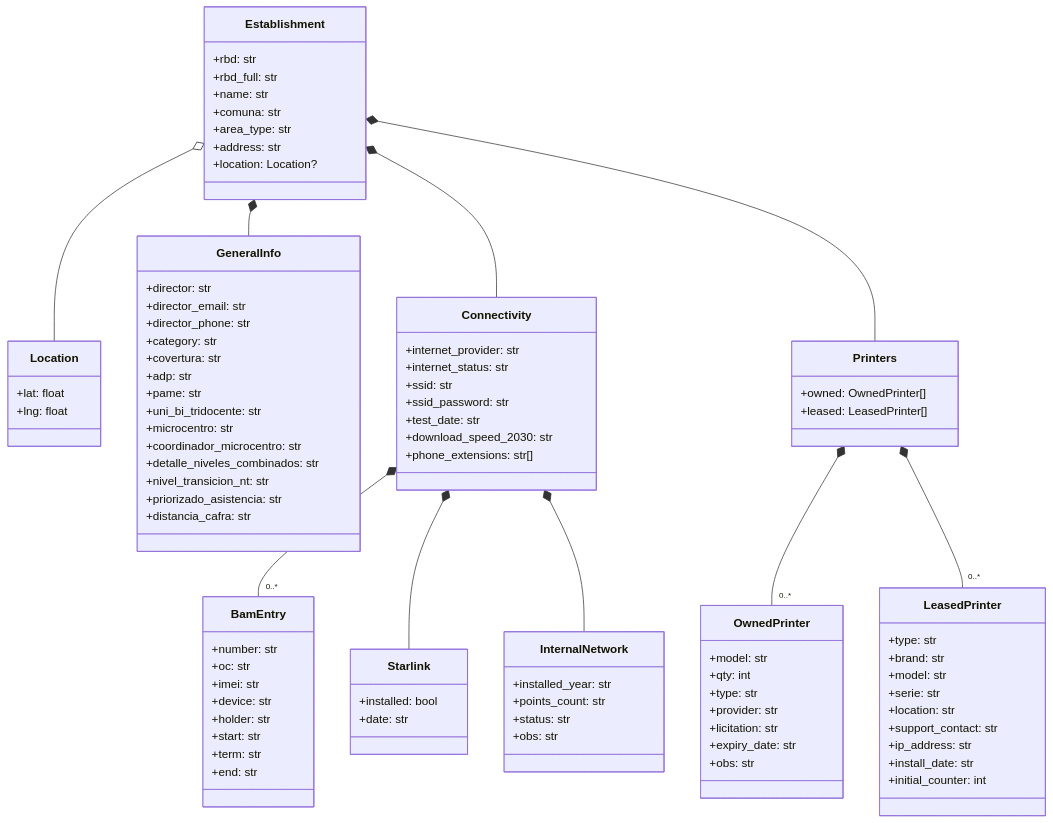
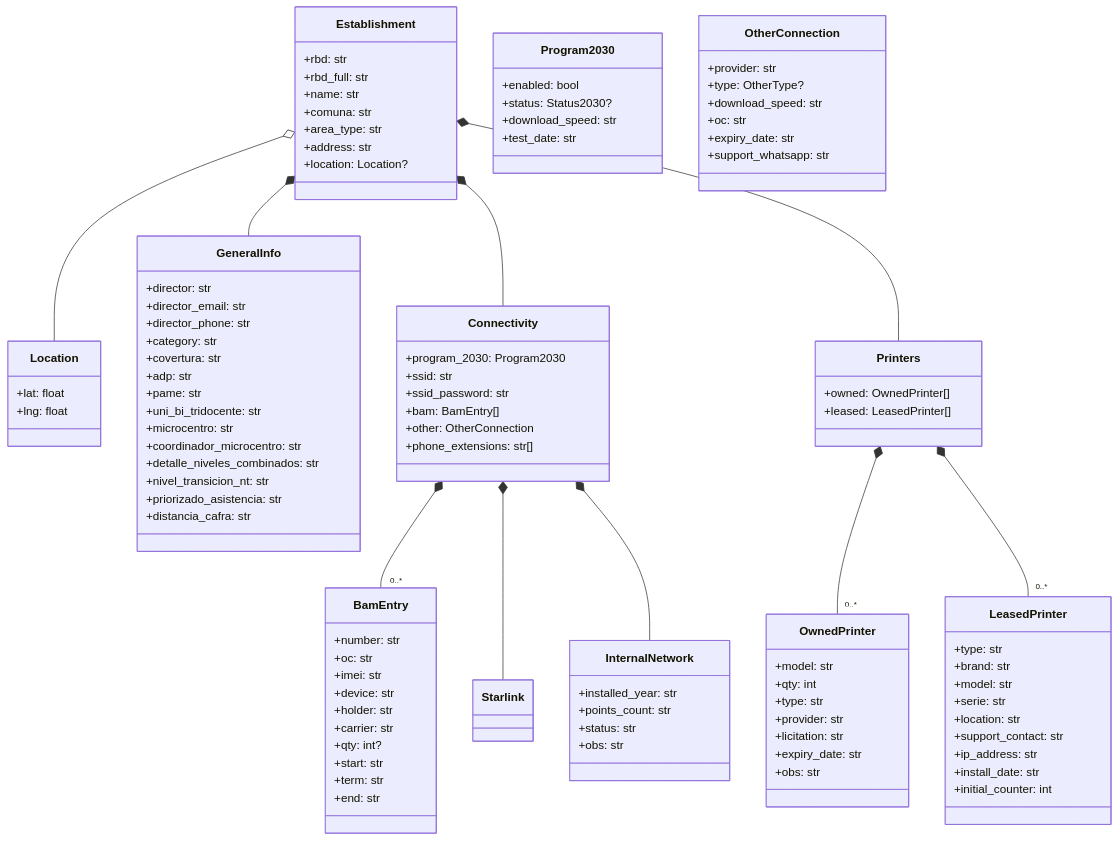
Before and after one commit to TomasManriquez/Gestion-de-establecimientos: the second of 6 diagrams in Documentacion/02-modelo-datos.md, drawn with Mermaid. The commit also changed other lines of this file and 16 other files, not shown here.

```diff
--- a/Documentacion/02-modelo-datos.md
+++ b/Documentacion/02-modelo-datos.md
@@ -156,13 +156,26 @@
         +distancia_cafra: str
     }
     class Connectivity {
-        +internet_provider: str
-        +internet_status: str
+        +program_2030: Program2030
         +ssid: str
         +ssid_password: str
+        +bam: BamEntry[]
+        +other: OtherConnection
+        +phone_extensions: str[]
+    }
+    class Program2030 {
+        +enabled: bool
+        +status: Status2030?
+        +download_speed: str
         +test_date: str
-        +download_speed_2030: str
-        +phone_extensions: str[]
+    }
+    class OtherConnection {
+        +provider: str
+        +type: OtherType?
+        +download_speed: str
+        +oc: str
+        +expiry_date: str
+        +support_whatsapp: str
     }
     class BamEntry {
         +number: str
@@ -170,13 +183,11 @@
         +imei: str
         +device: str
         +holder: str
+        +carrier: str
+        +qty: int?
         +start: str
         +term: str
         +end: str
-    }
-    class Starlink {
-        +installed: bool
-        +date: str
     }
     class InternalNetwork {
         +installed_year: str
```
